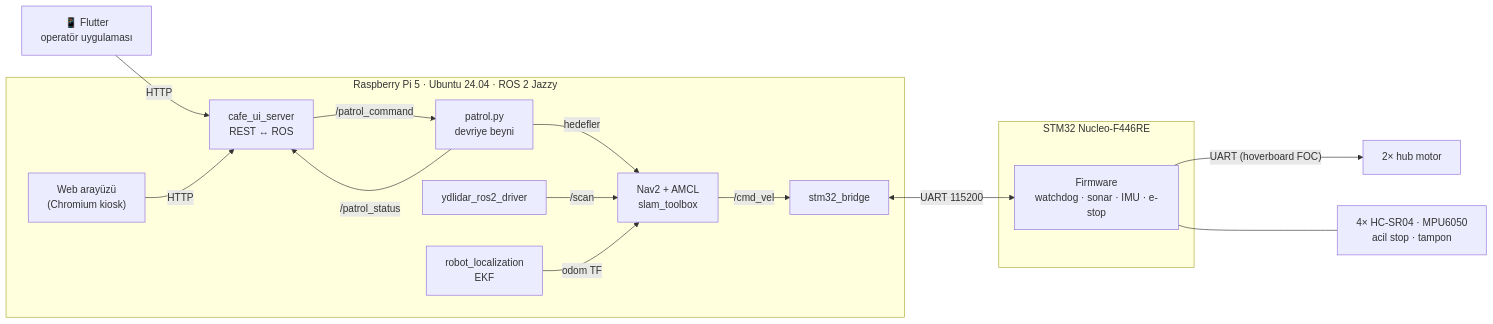
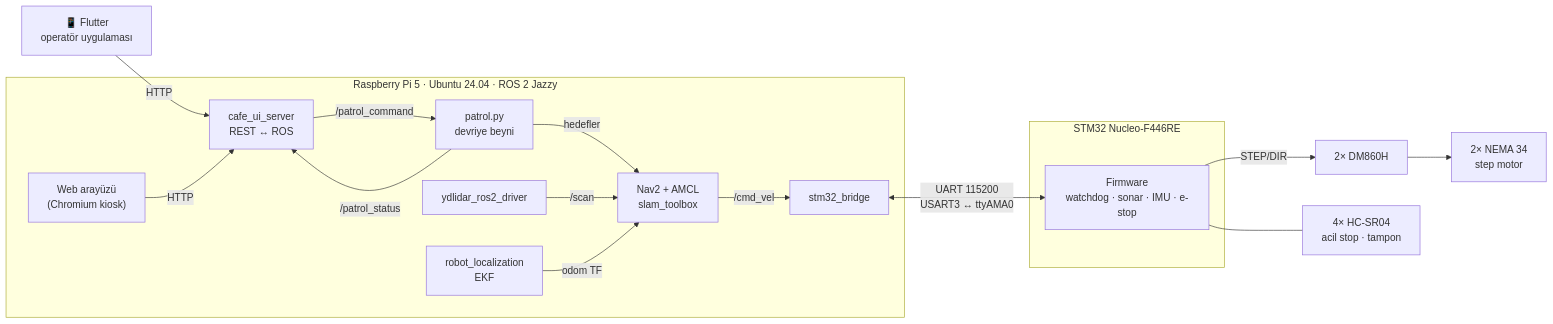
The first of 3 diagrams in README.md (imre-robotics/cryvex_project_maskot), drawn with Mermaid before and after one commit. The commit also changed other lines of this file and 1 other file, not shown here.

````diff
--- a/README.md
+++ b/README.md
@@ -85,26 +89,27 @@
 ```mermaid
 flowchart LR
     subgraph PI["Raspberry Pi 5 · Ubuntu 24.04 · ROS 2 Jazzy"]
         UI["Web arayüzü<br/>(Chromium kiosk)"]
         SRV["cafe_ui_server<br/>REST ↔ ROS"]
         PAT["patrol.py<br/>devriye beyni"]
         NAV["Nav2 + AMCL<br/>slam_toolbox"]
         EKF["robot_localization<br/>EKF"]
         BR["stm32_bridge"]
         LID["ydlidar_ros2_driver"]
     end
     subgraph MCU["STM32 Nucleo-F446RE"]
         FW["Firmware<br/>watchdog · sonar · IMU · e-stop"]
     end
     APP["📱 Flutter<br/>operatör uygulaması"] -- HTTP --> SRV
     UI -- HTTP --> SRV
     SRV -- /patrol_command --> PAT
     PAT -- /patrol_status --> SRV
     PAT -- hedefler --> NAV
     NAV -- /cmd_vel --> BR
     LID -- /scan --> NAV
     EKF -- odom TF --> NAV
-    BR <-- "UART 115200" --> FW
-    FW -- "UART (hoverboard FOC)" --> MOT["2× hub motor"]
-    FW --- SEN["4× HC-SR04 · MPU6050<br/>acil stop · tampon"]
+    BR <-- "UART 115200<br/>USART3 ↔ ttyAMA0" --> FW
+    FW -- "STEP/DIR" --> DRV["2× DM860H"]
+    DRV --> MOT["2× NEMA 34<br/>step motor"]
+    FW --- SEN["4× HC-SR04<br/>acil stop · tampon"]
 ```
````
